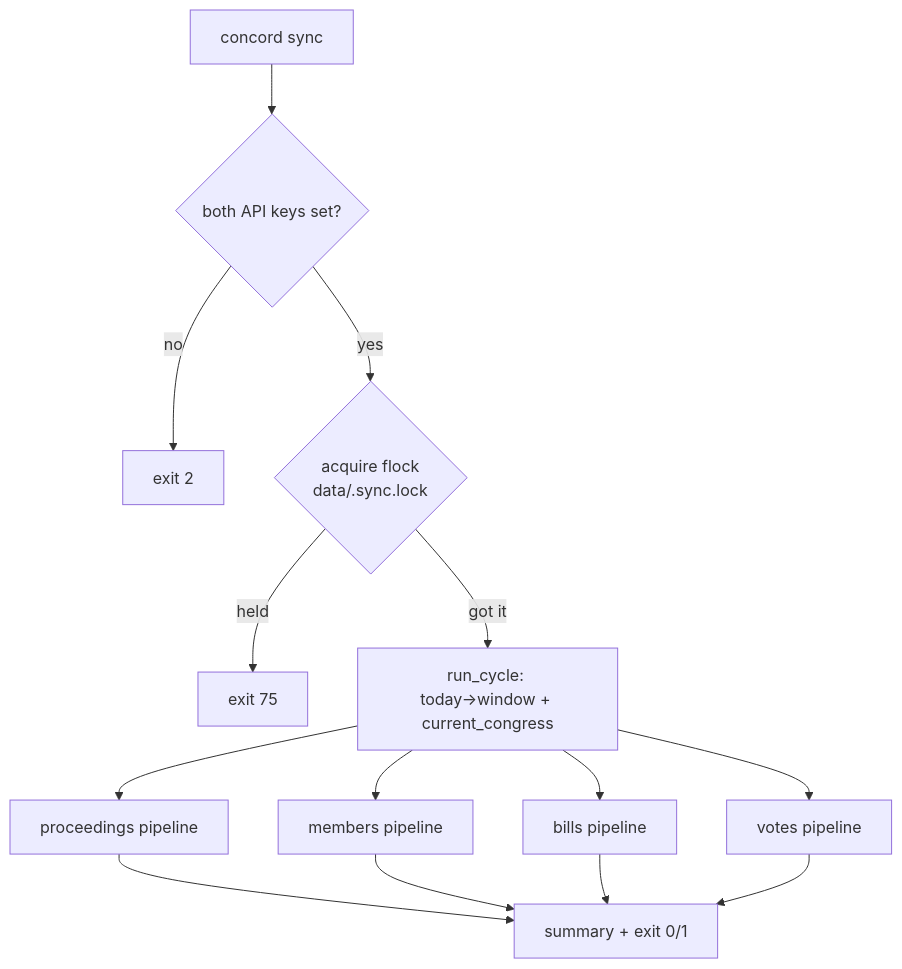
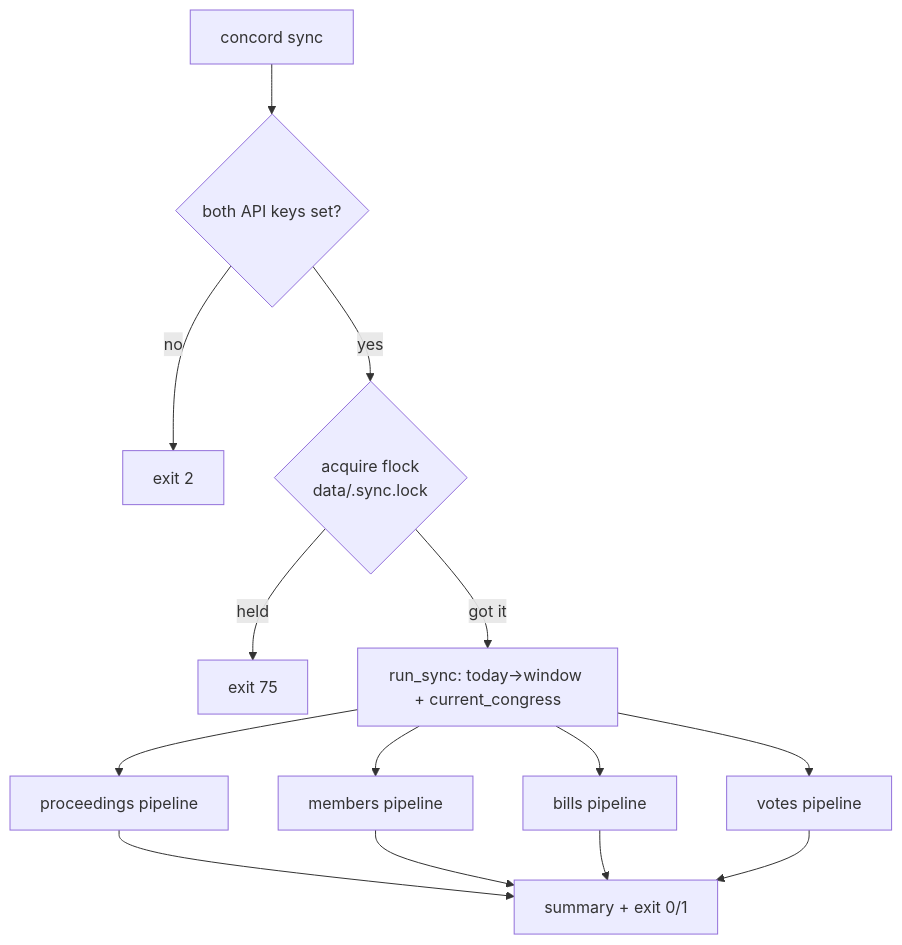
One commit to johnmarcampbell/concord changed the diagram in docs/plans/sync-command.md. Above: the diagram before and after it, drawn with Mermaid. The commit also changed other lines of this file and 4 other files, not shown here.

First line of the commit message:
refactor(cli): rename Cycle identifiers to Sync to match the glossary

````diff
--- a/docs/plans/sync-command.md
+++ b/docs/plans/sync-command.md
@@ -128,13 +128,13 @@
 ```mermaid
 flowchart TD
     A[concord sync] --> B{both API keys set?}
     B -- no --> X[exit 2]
     B -- yes --> C{acquire flock<br/>data/.sync.lock}
     C -- held --> Y[exit 75]
-    C -- got it --> D[run_cycle: today→window + current_congress]
+    C -- got it --> D[run_sync: today→window + current_congress]
     D --> P[proceedings pipeline]
     D --> M[members pipeline]
     D --> Bi[bills pipeline]
     D --> V[votes pipeline]
     P & M & Bi & V --> S[summary + exit 0/1]
 ```
````
